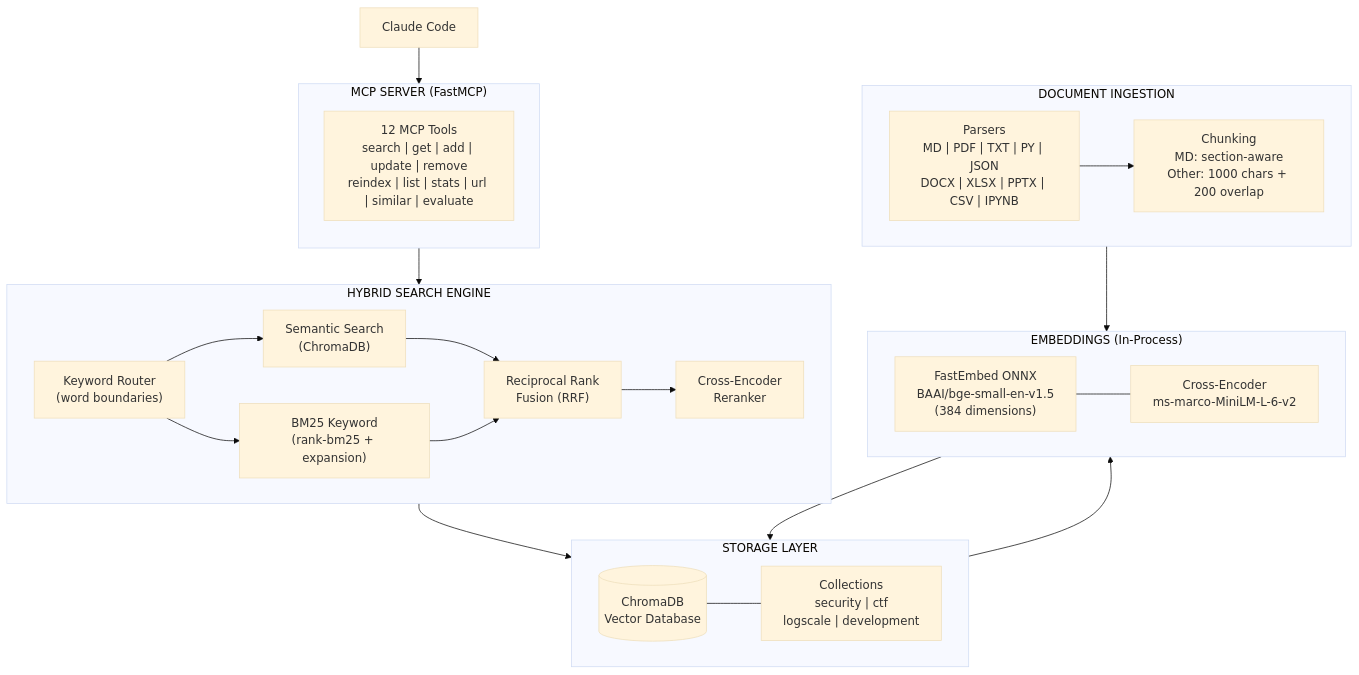
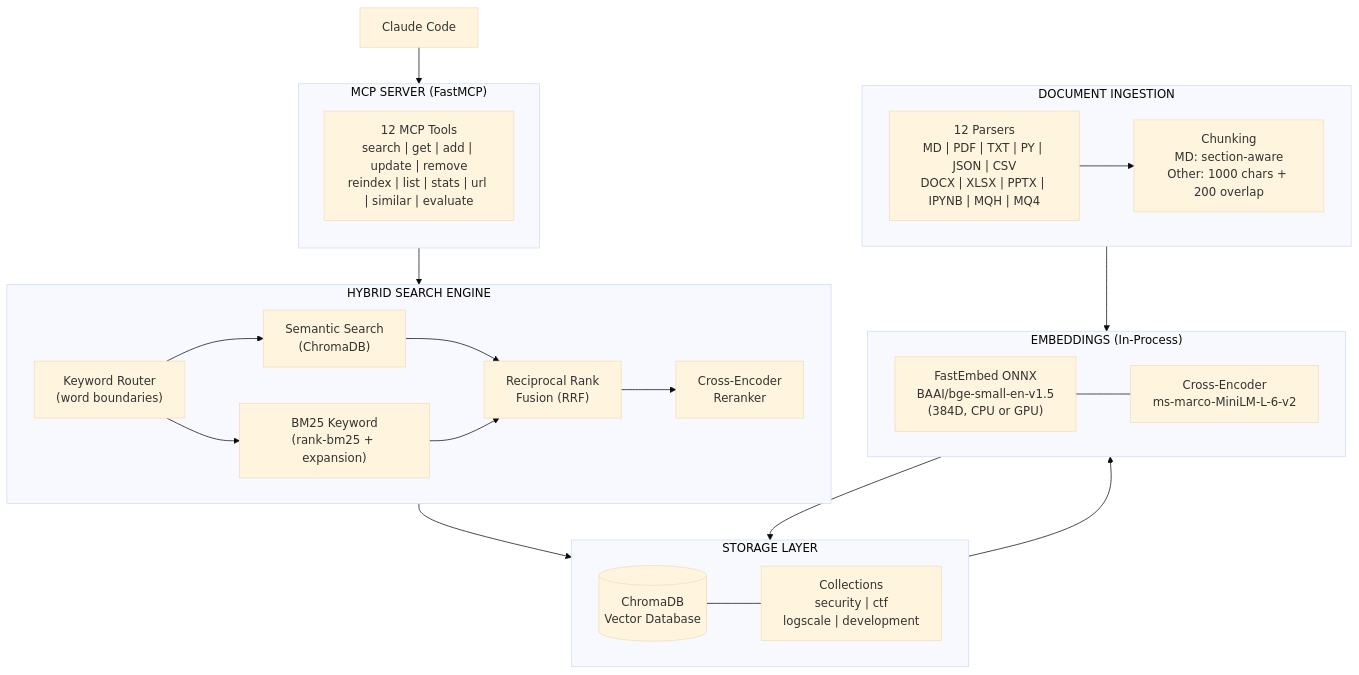
The first of 4 diagrams in README.md (imakealol/knowledge-rag), drawn with Mermaid (base theme) before and after one commit. The commit also changed other lines of this file, not shown here.

````diff
--- a/README.md
+++ b/README.md
@@ -284,48 +118,48 @@
 ```mermaid
 flowchart TB
     subgraph MCP["MCP SERVER (FastMCP)"]
         direction TB
         TOOLS["12 MCP Tools<br/>search | get | add | update | remove<br/>reindex | list | stats | url | similar | evaluate"]
     end
 
     subgraph SEARCH["HYBRID SEARCH ENGINE"]
         direction LR
         ROUTER["Keyword Router<br/>(word boundaries)"]
         SEMANTIC["Semantic Search<br/>(ChromaDB)"]
         BM25["BM25 Keyword<br/>(rank-bm25 + expansion)"]
         RRF["Reciprocal Rank<br/>Fusion (RRF)"]
         RERANK["Cross-Encoder<br/>Reranker"]
 
         ROUTER --> SEMANTIC
         ROUTER --> BM25
         SEMANTIC --> RRF
         BM25 --> RRF
         RRF --> RERANK
     end
 
     subgraph STORAGE["STORAGE LAYER"]
         direction LR
         CHROMA[("ChromaDB<br/>Vector Database")]
         COLLECTIONS["Collections<br/>security | ctf<br/>logscale | development"]
         CHROMA --- COLLECTIONS
     end
 
     subgraph EMBED["EMBEDDINGS (In-Process)"]
-        FASTEMBED["FastEmbed ONNX<br/>BAAI/bge-small-en-v1.5<br/>(384 dimensions)"]
+        FASTEMBED["FastEmbed ONNX<br/>BAAI/bge-small-en-v1.5<br/>(384D, CPU or GPU)"]
         CROSSENC["Cross-Encoder<br/>ms-marco-MiniLM-L-6-v2"]
         FASTEMBED --- CROSSENC
     end
 
     subgraph INGEST["DOCUMENT INGESTION"]
-        PARSERS["Parsers<br/>MD | PDF | TXT | PY | JSON<br/>DOCX | XLSX | PPTX | CSV | IPYNB"]
+        PARSERS["12 Parsers<br/>MD | PDF | TXT | PY | JSON | CSV<br/>DOCX | XLSX | PPTX | IPYNB | MQH | MQ4"]
         CHUNKER["Chunking<br/>MD: section-aware<br/>Other: 1000 chars + 200 overlap"]
         PARSERS --> CHUNKER
     end
 
     CLAUDE["Claude Code"] --> MCP
     MCP --> SEARCH
     SEARCH --> STORAGE
     STORAGE --> EMBED
     INGEST --> EMBED
     EMBED --> STORAGE
 ```
````
